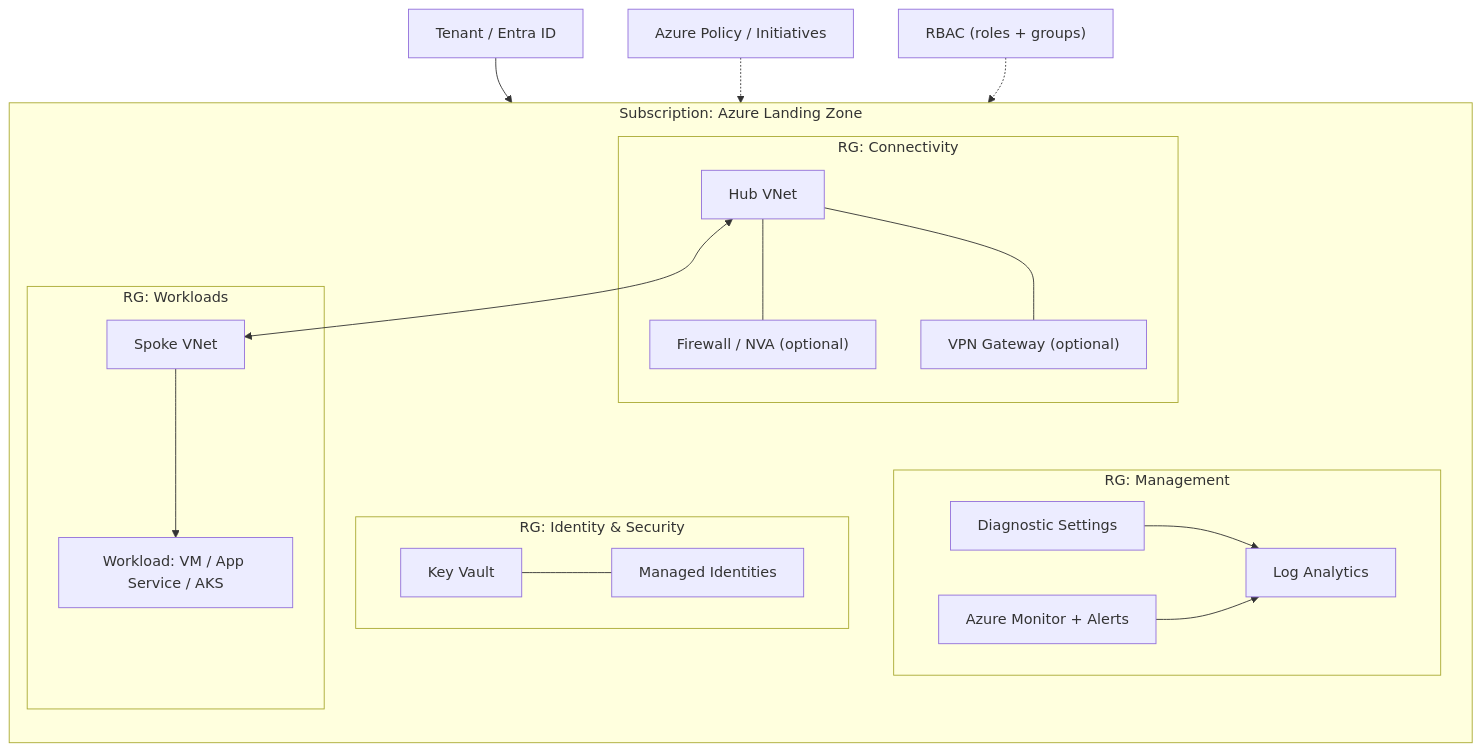
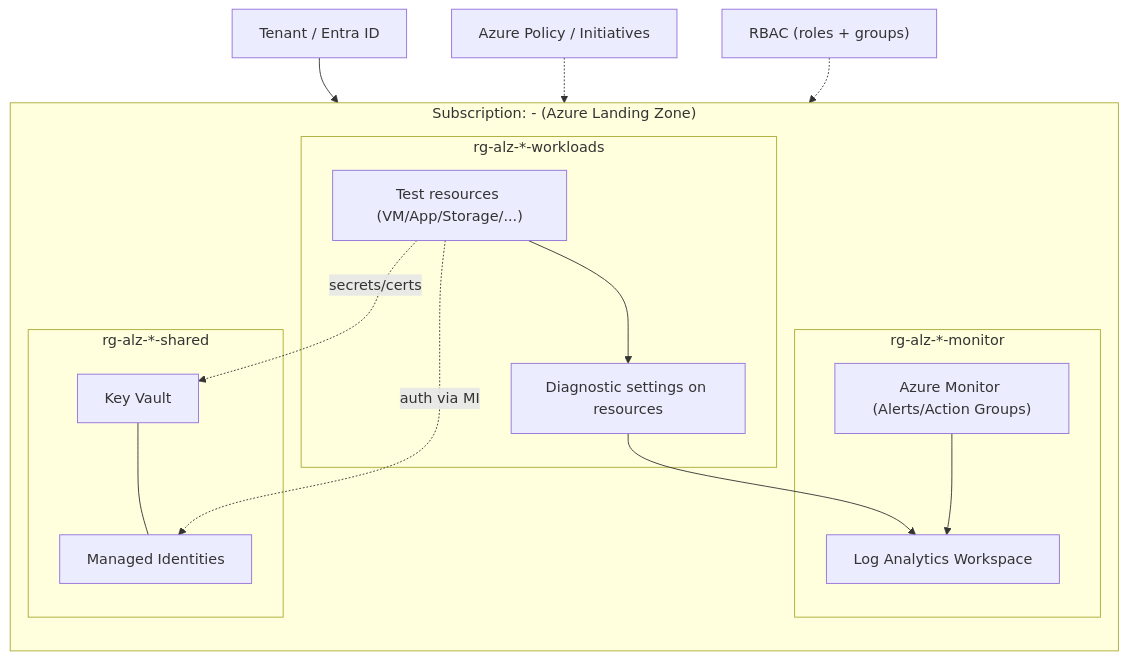
Before and after one commit to SebastianCichonski/Azure-Landing-Zone: the diagram in docs/diagrams/landing-zone.mmd, drawn with Mermaid. The commit also changed 1 other file, not shown here.

Commit message:
docs(docs): update landing-zone.mmd / .png

```diff
--- a/docs/diagrams/landing-zone.mmd
+++ b/docs/diagrams/landing-zone.mmd
@@ -1,39 +1,31 @@
 flowchart TB
-  A["Tenant / Entra ID"] --> B["Subscription: Azure Landing Zone"]
+  A["Tenant / Entra ID"] --> S["Subscription: <project>-<env> (Azure Landing Zone)"]
 
-  subgraph B["Subscription: Azure Landing Zone"]
+  subgraph S["Subscription: <project>-<env> (Azure Landing Zone)"]
     direction TB
 
-    subgraph RG1["RG: Connectivity"]
-      H["Hub VNet"]
-      FW["Firewall / NVA (optional)"]
-      VPN["VPN Gateway (optional)"]
-      H --- FW
-      H --- VPN
+    subgraph MON["rg-alz-*-monitor"]
+      LA["Log Analytics Workspace"]
+      AM["Azure Monitor (Alerts/Action Groups)"]
     end
 
-    subgraph RG2["RG: Management"]
-      LA["Log Analytics"]
-      AM["Azure Monitor + Alerts"]
-      DIAG["Diagnostic Settings"]
-      DIAG --> LA
-      AM --> LA
-    end
-
-    subgraph RG3["RG: Identity & Security"]
+    subgraph SH["rg-alz-*-shared"]
       KV["Key Vault"]
       MI["Managed Identities"]
       KV --- MI
     end
 
-    subgraph RG4["RG: Workloads"]
-      S["Spoke VNet"]
-      APP["Workload: VM / App Service / AKS"]
-      S --> APP
+    subgraph WL["rg-alz-*-workloads"]
+      RES["Test resources (VM/App/Storage/...)"]
+      DIAG["Diagnostic settings on resources"]
+      RES --> DIAG
     end
 
-    H <--> S
+    DIAG --> LA
+    RES -. "auth via MI" .-> MI
+    RES -. "secrets/certs" .-> KV
+    AM --> LA
   end
 
-  P["Azure Policy / Initiatives"] -.-> B
-  R["RBAC (roles + groups)"] -.-> B
+  P["Azure Policy / Initiatives"] -.-> S
+  R["RBAC (roles + groups)"] -.-> S
```
